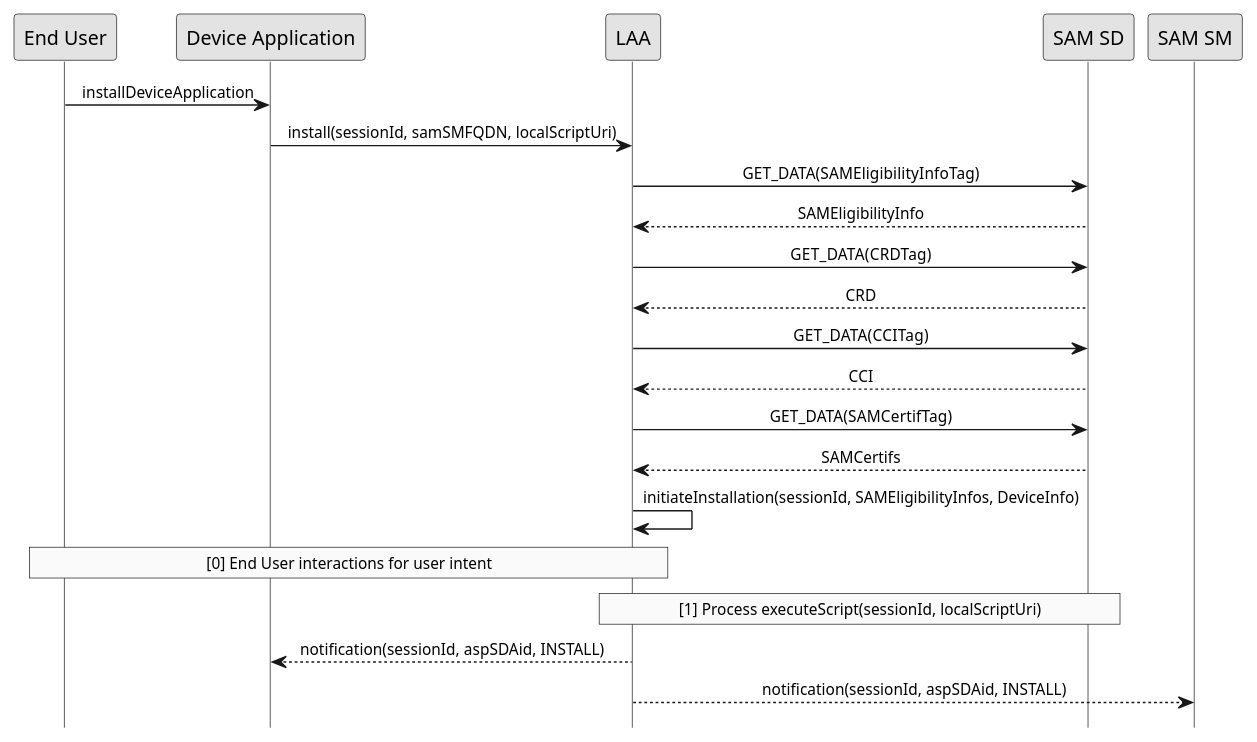
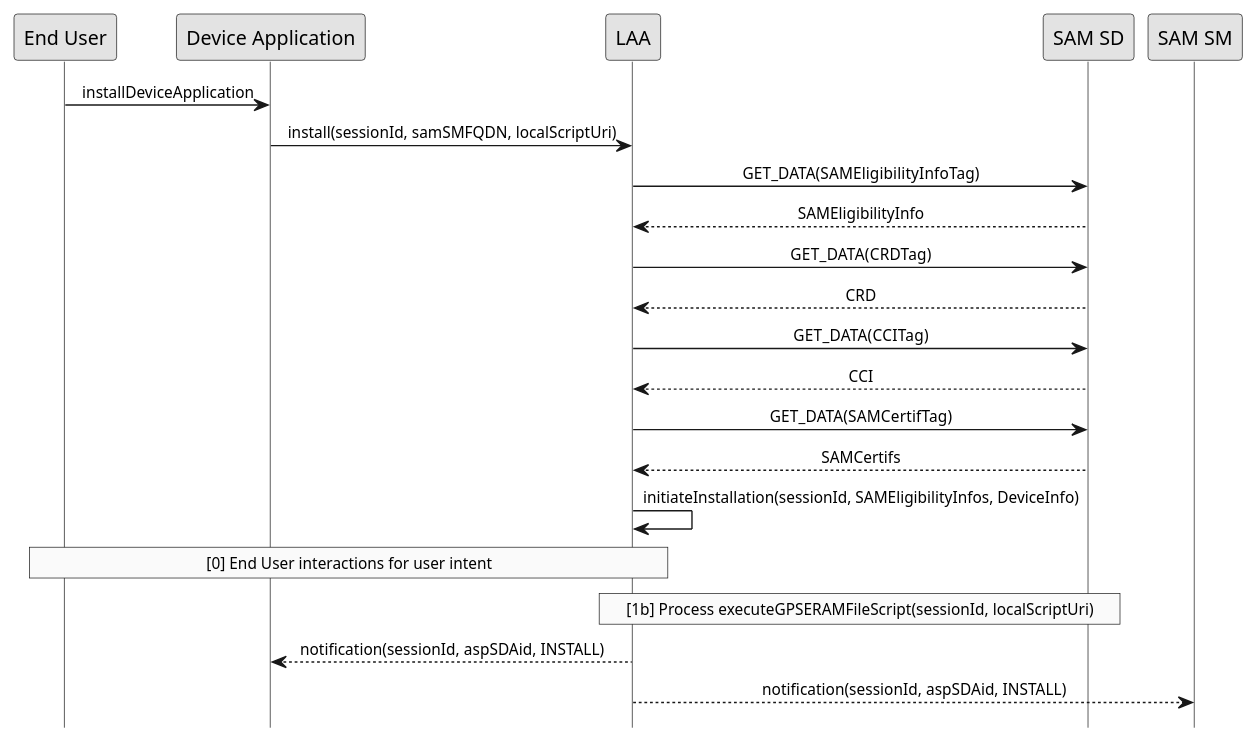
The diagram in doc/uml/install-local.pu (gaelrgerard/laa), drawn with PlantUML before and after one commit. The commit also changed 8 other files, not shown here.

```diff
--- a/doc/uml/install-local.pu
+++ b/doc/uml/install-local.pu
@@ -1,33 +1,33 @@
 @startuml
  
 hide footbox
 skinparam sequenceMessageAlign center
 skinparam sequenceArrowFontSize 11
 skinparam noteFontSize 11
 skinparam monochrome true
 skinparam lifelinestrategy solid
 
 "End User" -> "Device Application" : installDeviceApplication
 "Device Application" -> LAA : install(sessionId, samSMFQDN, localScriptUri)
 LAA -> "SAM SD" : GET_DATA(SAMEligibilityInfoTag)
 "SAM SD" --> LAA : SAMEligibilityInfo  
 LAA -> "SAM SD" : GET_DATA(CRDTag)
 "SAM SD" --> LAA : CRD
 LAA -> "SAM SD" : GET_DATA(CCITag)
 "SAM SD" --> LAA : CCI
 LAA -> "SAM SD" : GET_DATA(SAMCertifTag)
 "SAM SD" --> LAA : SAMCertifs
 "LAA" -> "LAA" : initiateInstallation(sessionId, SAMEligibilityInfos, DeviceInfo) 
  
 rnote over "LAA", "End User"
      [0] End User interactions for user intent
 end rnote
 
 rnote over "LAA", "SAM SD"
-     [1] Process executeScript(sessionId, localScriptUri)
+     [1b] Process executeGPSERAMFileScript(sessionId, localScriptUri)
 end rnote
  
 LAA --> "Device Application" : notification(sessionId, aspSDAid, INSTALL)
  
 LAA --> "SAM SM" : notification(sessionId, aspSDAid, INSTALL)
 @enduml
```
